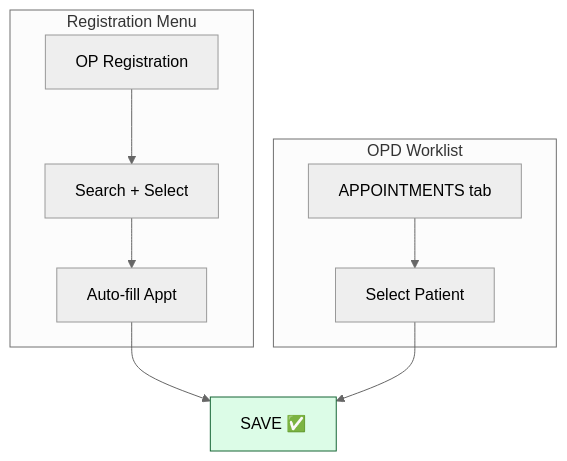
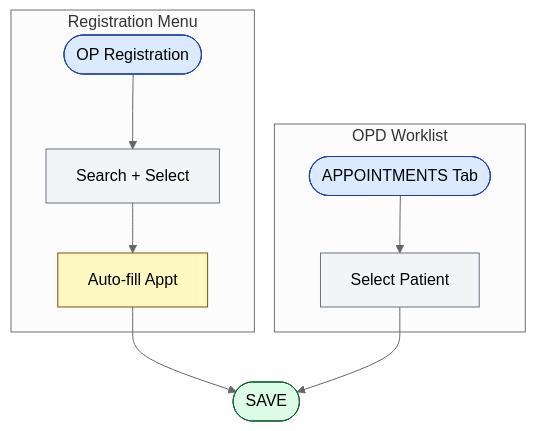
Before and after one commit to npnatt12/KMCH-HIS-Wiki: the diagram in public/charts/appointment-registration.mmd, drawn with Mermaid (neutral theme). The commit also changed 96 other files, not shown here.

First line of the commit message:
feat(portal): Phase 2 complete — cheat sheets, charts, and routes

```diff
--- a/public/charts/appointment-registration.mmd
+++ b/public/charts/appointment-registration.mmd
@@ -1,11 +1,16 @@
 graph TB
   subgraph Method_1[Registration Menu]
-    A1[OP Registration] --> A2[Search + Select]
+    A1([OP Registration]) --> A2[Search + Select]
     A2 --> A3[Auto-fill Appt]
   end
   subgraph Method_2[OPD Worklist]
-    B1[APPOINTMENTS tab] --> B2[Select Patient]
+    B1([APPOINTMENTS Tab]) --> B2[Select Patient]
   end
-  A3 --> C[SAVE ✅]
+  A3 --> C([SAVE])
   B2 --> C
+  style A1 fill:#dbeafe,stroke:#1e40af
+  style B1 fill:#dbeafe,stroke:#1e40af
+  style A2 fill:#f3f4f6,stroke:#6b7280
+  style A3 fill:#fef9c3,stroke:#854d0e
+  style B2 fill:#f3f4f6,stroke:#6b7280
   style C fill:#dcfce7,stroke:#166534
```
